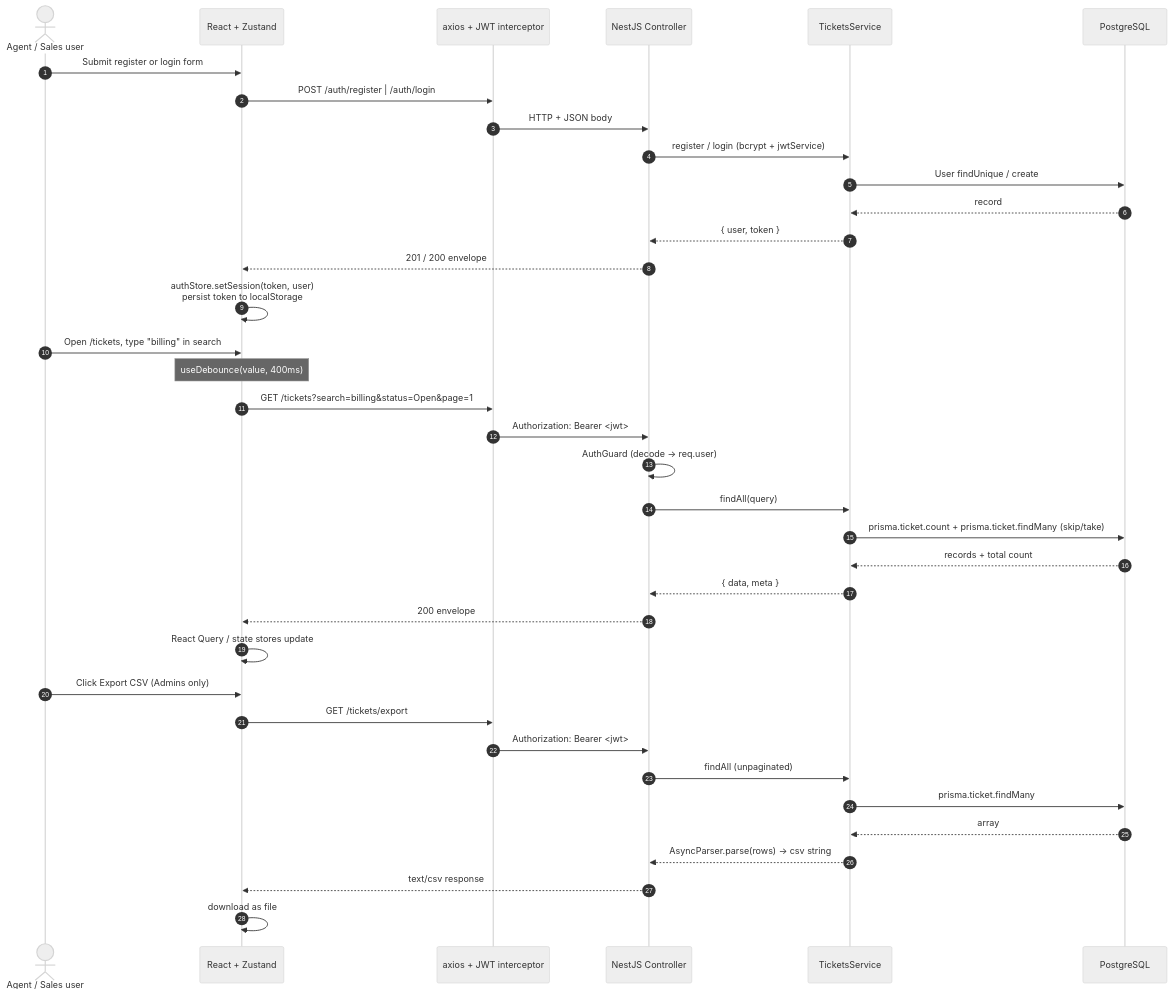
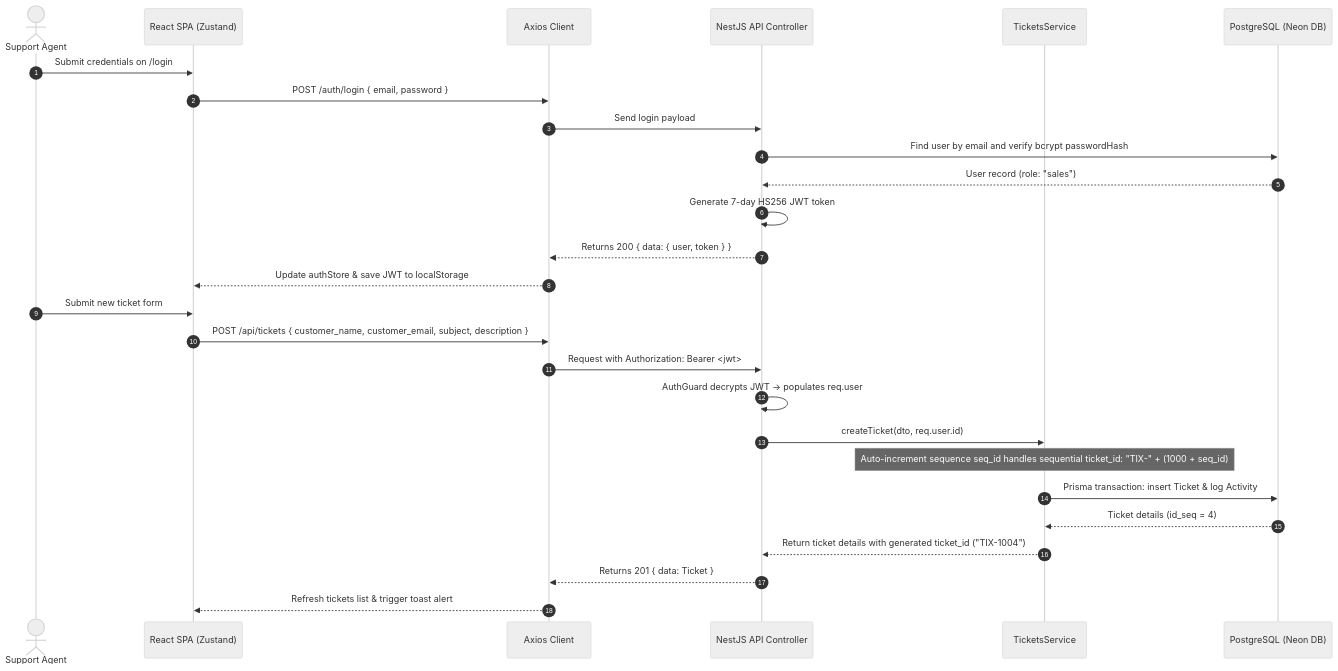
The third of 6 diagrams in ARCHITECTURE.md (aaditya09750/Tixora), drawn with Mermaid (neutral theme) before and after one commit. The commit also changed other lines of this file and 5 other files, not shown here.

````diff
--- a/ARCHITECTURE.md
+++ b/ARCHITECTURE.md
@@ -44,42 +90,31 @@
 ```mermaid
 sequenceDiagram
   autonumber
-  actor S as Agent / Sales user
-  participant UI as React + Zustand
-  participant AX as axios + JWT interceptor
-  participant API as NestJS Controller
+  actor Agent as Support Agent
+  participant SPA as React SPA (Zustand)
+  participant Client as Axios Client
+  participant API as NestJS API Controller
   participant SVC as TicketsService
-  participant DB as PostgreSQL
+  participant DB as PostgreSQL (Neon DB)
 
-  S->>UI: Submit register or login form
-  UI->>AX: POST /auth/register | /auth/login
-  AX->>API: HTTP + JSON body
-  API->>SVC: register / login (bcrypt + jwtService)
-  SVC->>DB: User findUnique / create
-  DB-->>SVC: record
-  SVC-->>API: { user, token }
-  API-->>UI: 201 / 200 envelope
-  UI->>UI: authStore.setSession(token, user)<br/>persist token to localStorage
+  Agent->>SPA: Submit credentials on /login
+  SPA->>Client: POST /auth/login { email, password }
+  Client->>API: Send login payload
+  API->>DB: Find user by email and verify bcrypt passwordHash
+  DB-->>API: User record (role: "sales")
+  API->>API: Generate 7-day HS256 JWT token
+  API-->>Client: Returns 200 { data: { user, token } }
+  Client-->>SPA: Update authStore & save JWT to localStorage
 
-  S->>UI: Open /tickets, type "billing" in search
-  Note over UI: useDebounce(value, 400ms)
-  UI->>AX: GET /tickets?search=billing&status=Open&page=1
-  AX->>API: Authorization: Bearer <jwt>
-  API->>API: AuthGuard (decode → req.user)
-  API->>SVC: findAll(query)
-  SVC->>DB: prisma.ticket.count + prisma.ticket.findMany (skip/take)
-  DB-->>SVC: records + total count
-  SVC-->>API: { data, meta }
-  API-->>UI: 200 envelope
-  UI->>UI: React Query / state stores update
-
-  S->>UI: Click Export CSV (Admins only)
-  UI->>AX: GET /tickets/export
-  AX->>API: Authorization: Bearer <jwt>
-  API->>SVC: findAll (unpaginated)
-  SVC->>DB: prisma.ticket.findMany
-  DB-->>SVC: array
-  SVC-->>API: AsyncParser.parse(rows) → csv string
-  API-->>UI: text/csv response
-  UI->>UI: download as file
+  Agent->>SPA: Submit new ticket form
+  SPA->>Client: POST /api/tickets { customer_name, customer_email, subject, description }
+  Client->>API: Request with Authorization: Bearer <jwt>
+  API->>API: AuthGuard decrypts JWT -> populates req.user
+  API->>SVC: createTicket(dto, req.user.id)
+  Note over SVC: Auto-increment sequence seq_id handles sequential ticket_id: "TIX-" + (1000 + seq_id)
+  SVC->>DB: Prisma transaction: insert Ticket & log Activity
+  DB-->>SVC: Ticket details (id_seq = 4)
+  SVC-->>API: Return ticket details with generated ticket_id ("TIX-1004")
+  API-->>Client: Returns 201 { data: Ticket }
+  Client-->>SPA: Refresh tickets list & trigger toast alert
 ```
````
